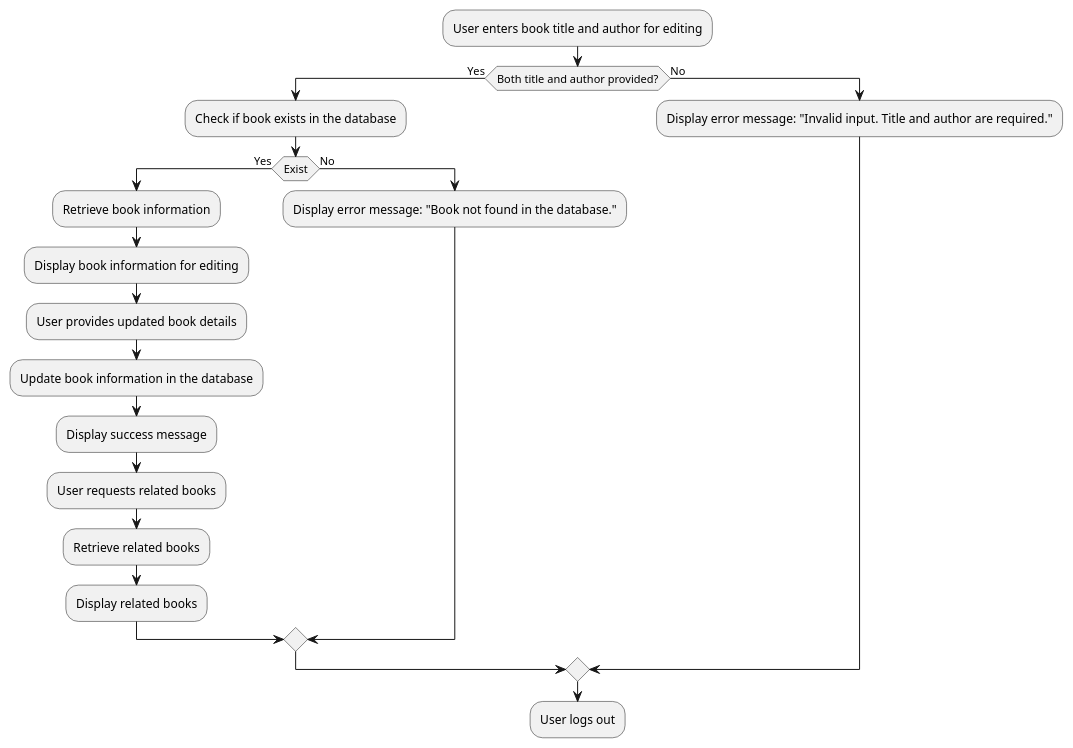
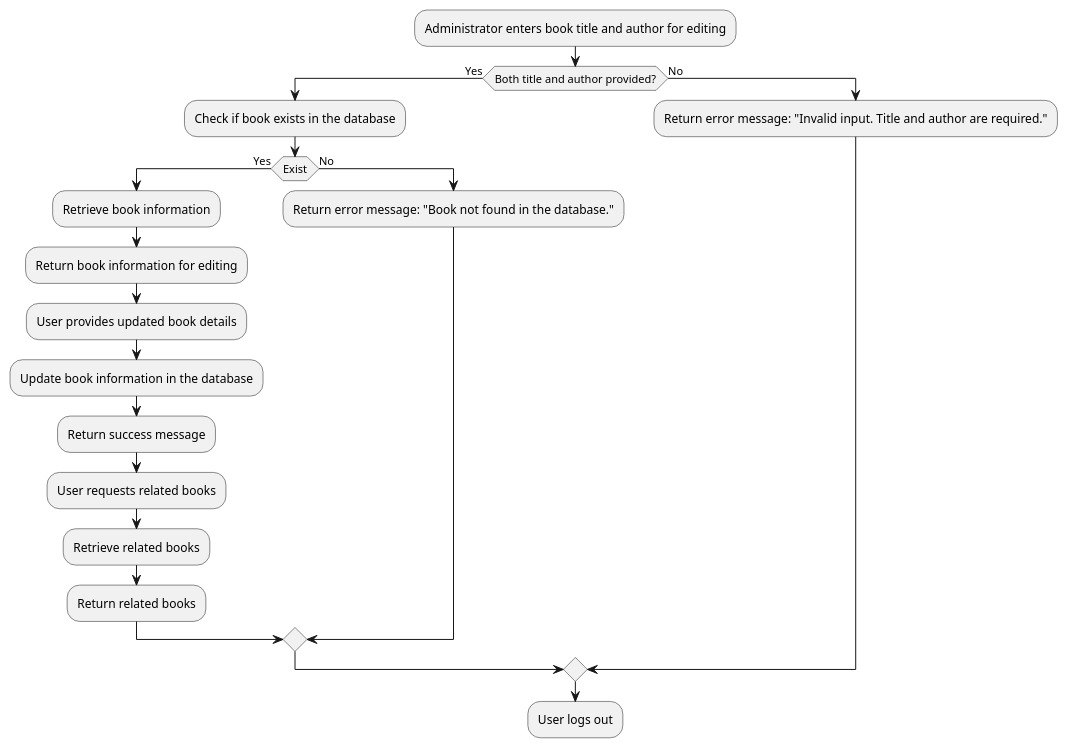
Before and after one commit to JananJavdan/BibliotheekSysteem: the diagram in src/main/java/AnalyseLibrarySystem/FlowchartUseCases/Customerservice/Edite_Information.puml, drawn with PlantUML. The commit also changed 17 other files, not shown here.

```diff
--- a/src/main/java/AnalyseLibrarySystem/FlowchartUseCases/Customerservice/Edite_Information.puml
+++ b/src/main/java/AnalyseLibrarySystem/FlowchartUseCases/Customerservice/Edite_Information.puml
@@ -2,21 +2,21 @@
 @startuml
-:User enters book title and author for editing;
+:Administrator enters book title and author for editing;
 if (Both title and author provided?) then (Yes)
   :Check if book exists in the database;
   if (Exist) then (Yes)
     :Retrieve book information;
-    :Display book information for editing;
+    :Return book information for editing;
     :User provides updated book details;
     :Update book information in the database;
-    :Display success message;
+    :Return success message;
     :User requests related books;
     :Retrieve related books;
-    :Display related books;
+    :Return related books;
   else (No)
-    :Display error message: "Book not found in the database.";
+    :Return error message: "Book not found in the database.";
   endif
 else (No)
-  :Display error message: "Invalid input. Title and author are required.";
+  :Return error message: "Invalid input. Title and author are required.";
 endif
 :User logs out;
 @enduml
```
